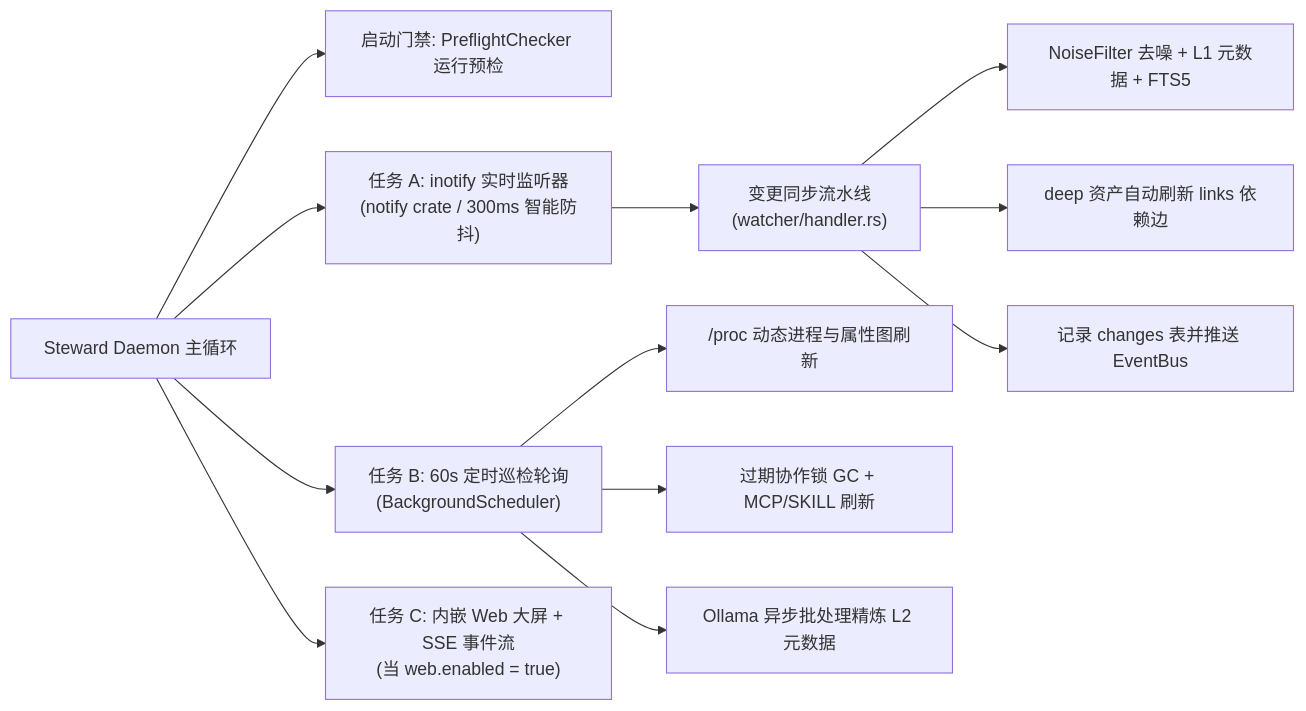
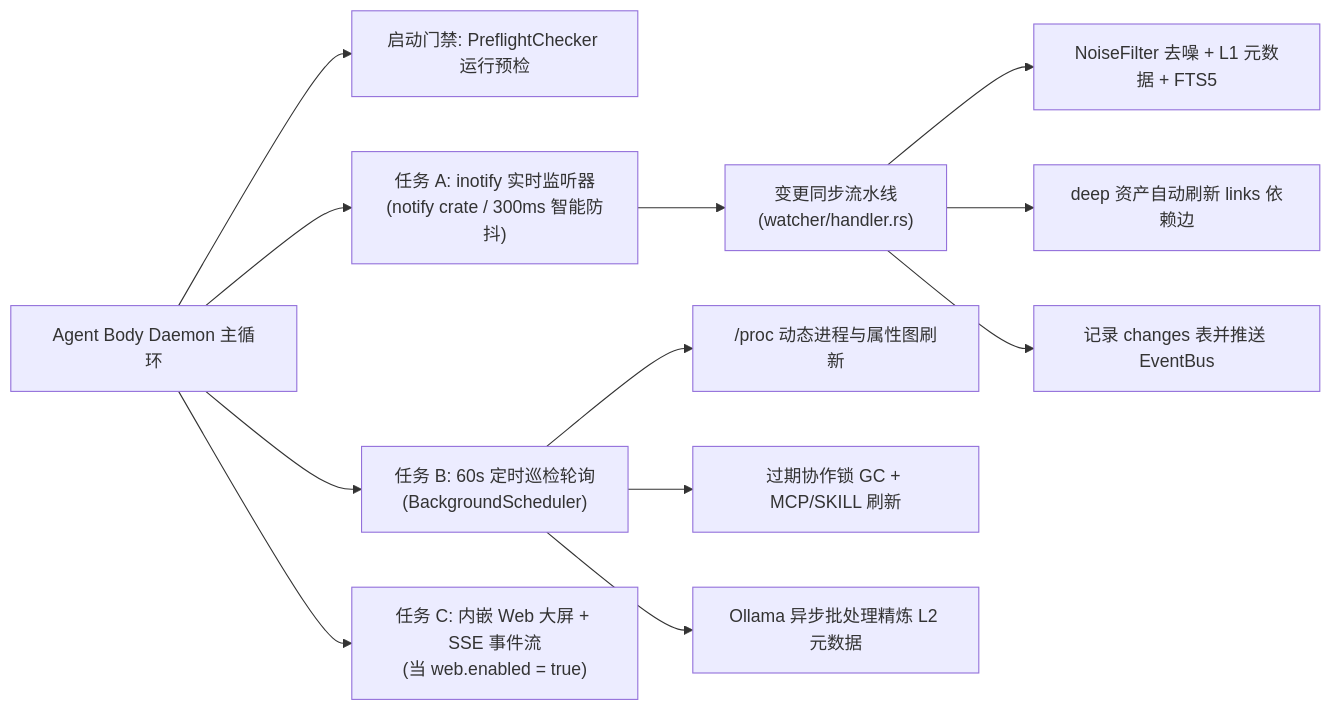
The diagram in docs/manual/05-daemon-and-watcher.md (digoal/agent-body), drawn with Mermaid before and after one commit. The commit also changed 181 other files, not shown here.

Commit message:
chore(release): complete Phase 56 architecture governance & Phase 57 v1.0.0 GA

````diff
--- a/docs/manual/05-daemon-and-watcher.md
+++ b/docs/manual/05-daemon-and-watcher.md
@@ -11,16 +11,16 @@
 ```mermaid
 flowchart LR
-    Daemon["Steward Daemon 主循环"] --> Pre["启动门禁: PreflightChecker 运行预检"]
+    Daemon["Agent Body Daemon 主循环"] --> Pre["启动门禁: PreflightChecker 运行预检"]
     Daemon --> TaskA["任务 A: inotify 实时监听器<br/>(notify crate / 300ms 智能防抖)"]
     Daemon --> TaskB["任务 B: 60s 定时巡检轮询<br/>(BackgroundScheduler)"]
     Daemon --> WebSSE["任务 C: 内嵌 Web 大屏 + SSE 事件流<br/>(当 web.enabled = true)"]
 
     TaskA --> Sync["变更同步流水线<br/>(watcher/handler.rs)"]
     Sync --> DB1["NoiseFilter 去噪 + L1 元数据 + FTS5"]
     Sync --> DB2["deep 资产自动刷新 links 依赖边"]
     Sync --> DB3["记录 changes 表并推送 EventBus"]
 
     TaskB --> Sched1["/proc 动态进程与属性图刷新"]
     TaskB --> Sched2["过期协作锁 GC + MCP/SKILL 刷新"]
     TaskB --> Sched3["Ollama 异步批处理精炼 L2 元数据"]
 ```
````
